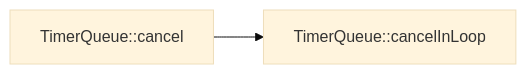
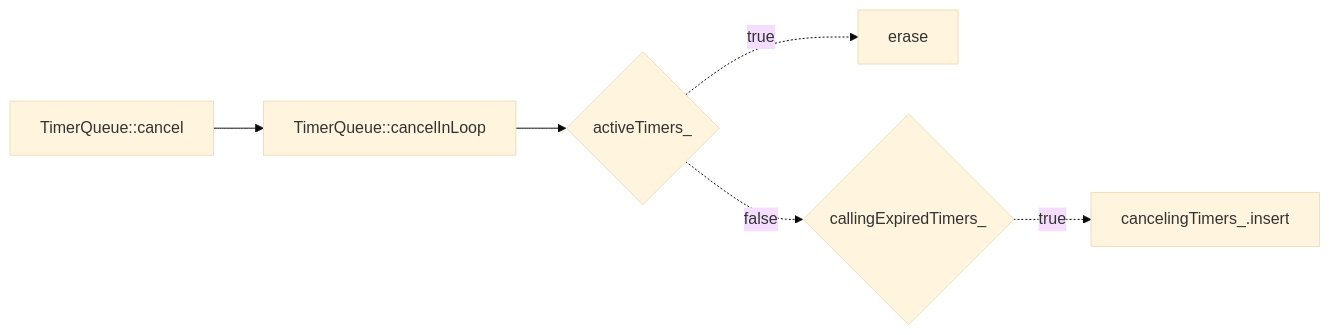
The sixth of 7 diagrams in muduo/study.md (Hsurpass/Blogs), drawn with Mermaid (base theme) before and after one commit. The commit also changed other lines of this file, not shown here.

````diff
--- a/muduo/study.md
+++ b/muduo/study.md
@@ -136,4 +149,5 @@
 ```mermaid
 graph LR
-TimerQueue::cancel-->TimerQueue::cancelInLoop
+TimerQueue::cancel-->TimerQueue::cancelInLoop --> 是否在任务队列中找到还没过期的的定时任务{activeTimers_} -.true.-> erase
+是否在任务队列中找到还没过期的的定时任务{activeTimers_} -.false.-> 是否正在运行到期的任务{callingExpiredTimers_} -.true.-> cancelingTimers_.insert
 ```
````
